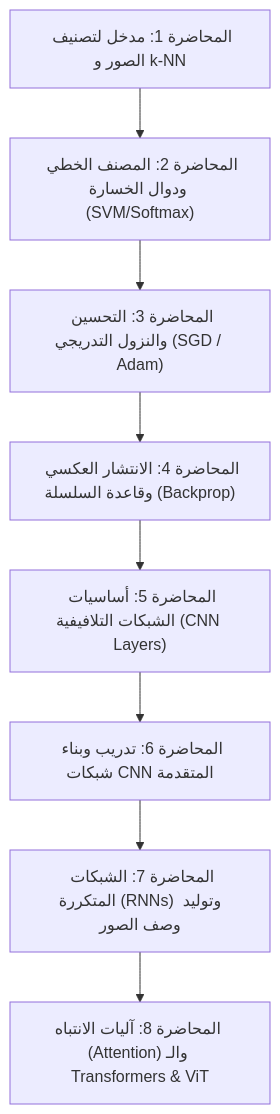
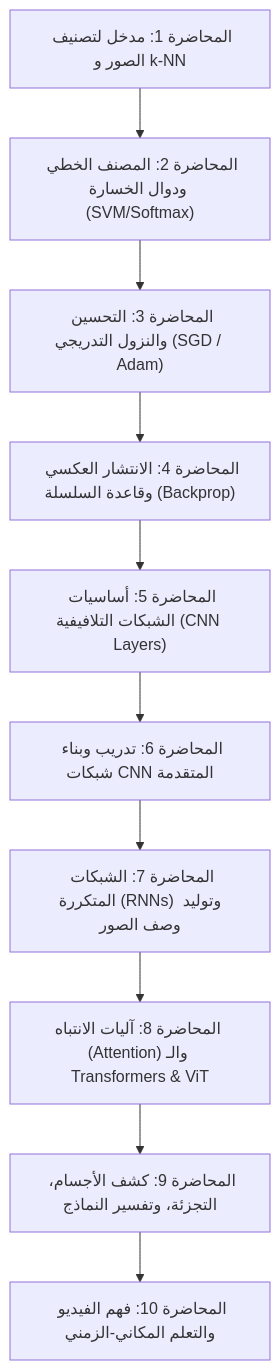
One commit to mohamad-hadi-said/Deep-Learning-for-Computer-Vision changed the diagram in README.md. Above: the diagram before and after it, drawn with Mermaid. The commit also changed other lines of this file and 5 other files, not shown here.

````diff
--- a/README.md
+++ b/README.md
@@ -45,10 +49,12 @@
 ```mermaid
 flowchart TD
     A["المحاضرة 1: مدخل لتصنيف الصور و k-NN"] --> B["المحاضرة 2: المصنف الخطي ودوال الخسارة (SVM/Softmax)"]
     B --> C["المحاضرة 3: التحسين والنزول التدريجي (SGD / Adam)"]
     C --> D["المحاضرة 4: الانتشار العكسي وقاعدة السلسلة (Backprop)"]
     D --> E["المحاضرة 5: أساسيات الشبكات التلافيفية (CNN Layers)"]
     E --> F["المحاضرة 6: تدريب وبناء شبكات CNN المتقدمة"]
     F --> G["المحاضرة 7: الشبكات المتكررة (RNNs) وتوليد وصف الصور"]
     G --> H["المحاضرة 8: آليات الانتباه (Attention) والـ Transformers & ViT"]
+    H --> I["المحاضرة 9: كشف الأجسام، التجزئة، وتفسير النماذج"]
+    I --> J["المحاضرة 10: فهم الفيديو والتعلم المكاني-الزمني"]
 ```
````
